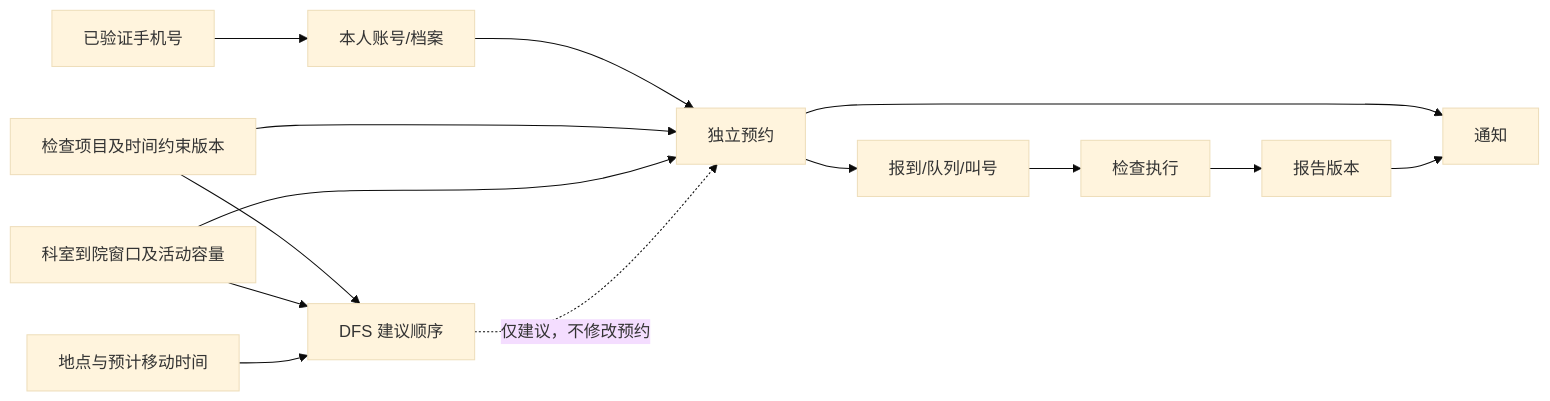
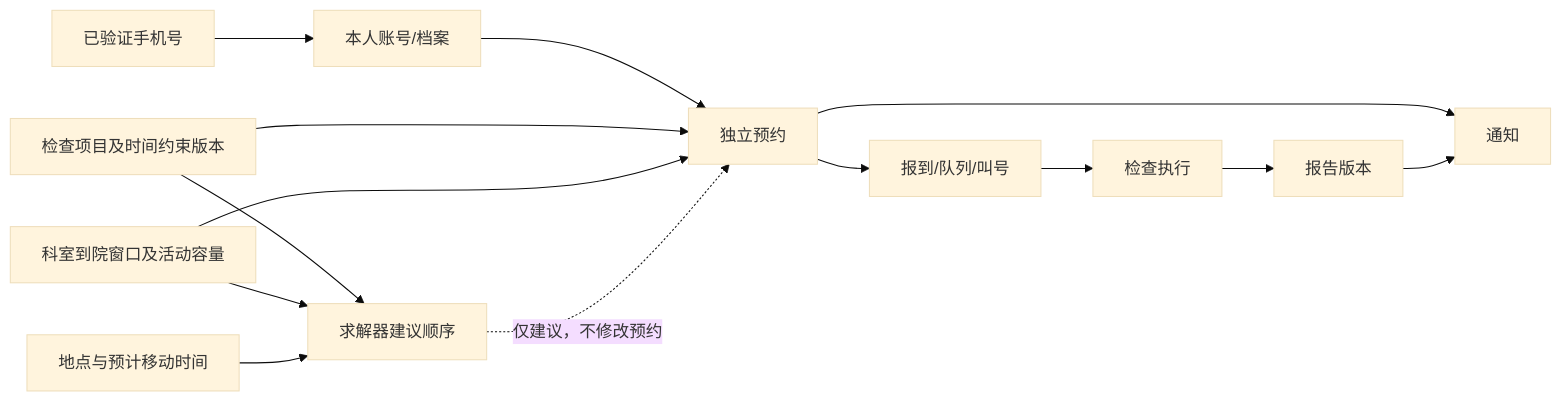
One commit to bctd7/Hospital changed the diagram in plan/backend/overview/05-delivery-roadmap.md. Above: the diagram before and after it, drawn with Mermaid (base theme). The commit also changed other lines of this file and 3 other files, not shown here.

````diff
--- a/plan/backend/overview/05-delivery-roadmap.md
+++ b/plan/backend/overview/05-delivery-roadmap.md
@@ -92,16 +92,16 @@
 ```mermaid
 flowchart LR
     PHONE["已验证手机号"] --> SELF["本人账号/档案"]
     SELF --> APPOINTMENT["独立预约"]
     ITEM["检查项目及时间约束版本"] --> APPOINTMENT
     WINDOW["科室到院窗口及活动容量"] --> APPOINTMENT
-    ITEM --> ORDER["DFS 建议顺序"]
+    ITEM --> ORDER["求解器建议顺序"]
     WINDOW --> ORDER
     MAP["地点与预计移动时间"] --> ORDER
     ORDER -. "仅建议，不修改预约" .-> APPOINTMENT
     APPOINTMENT --> QUEUE["报到/队列/叫号"]
     QUEUE --> EXECUTION["检查执行"]
     EXECUTION --> REPORT["报告版本"]
     APPOINTMENT --> NOTICE["通知"]
     REPORT --> NOTICE
 ```
````
